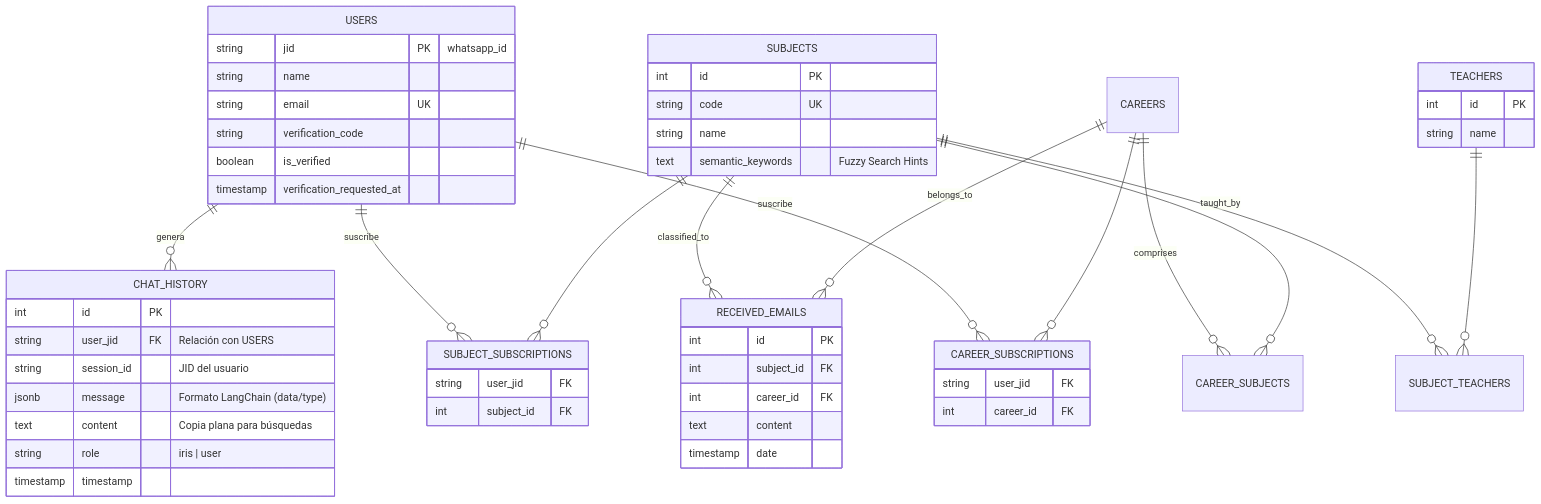
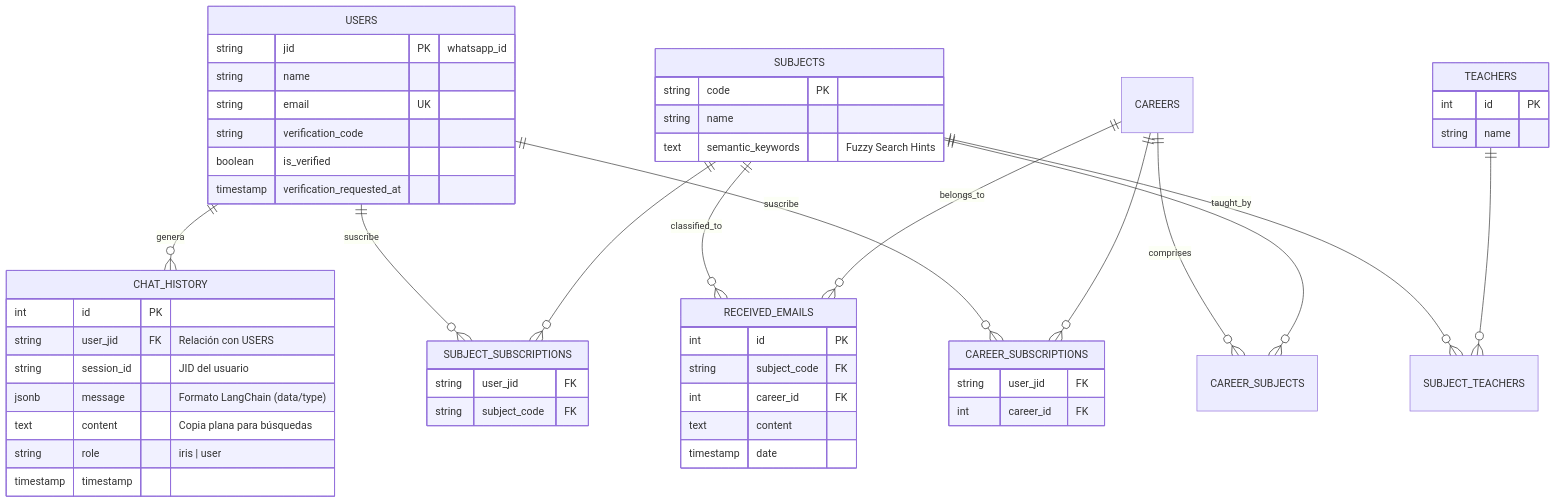
Before and after one commit to JavierLianoRioz/Iris: the fourth of 4 diagrams in documentation/README.md, drawn with Mermaid. The commit also changed other lines of this file and 1 other file, not shown here.

````diff
--- a/documentation/README.md
+++ b/documentation/README.md
@@ -111,67 +165,66 @@
 ```mermaid
 erDiagram
     USERS ||--o{ SUBJECT_SUBSCRIPTIONS : "suscribe"
     USERS ||--o{ CAREER_SUBSCRIPTIONS : "suscribe"
     USERS ||--o{ CHAT_HISTORY : "genera"
     
     SUBJECTS ||--o{ SUBJECT_SUBSCRIPTIONS : ""
     CAREERS ||--o{ CAREER_SUBSCRIPTIONS : ""
     
     CAREERS ||--o{ CAREER_SUBJECTS : "comprises"
     SUBJECTS ||--o{ CAREER_SUBJECTS : ""
     
     SUBJECTS ||--o{ SUBJECT_TEACHERS : "taught_by"
     TEACHERS ||--o{ SUBJECT_TEACHERS : ""
     
     SUBJECTS ||--o{ RECEIVED_EMAILS : "classified_to"
     CAREERS ||--o{ RECEIVED_EMAILS : "belongs_to"
 
     USERS {
         string jid PK "whatsapp_id"
         string name
         string email UK
         string verification_code
         boolean is_verified
         timestamp verification_requested_at
     }
     
     CHAT_HISTORY {
         int id PK
         string user_jid FK "Relación con USERS"
         string session_id "JID del usuario"
         jsonb message "Formato LangChain (data/type)"
         text content "Copia plana para búsquedas"
         string role "iris | user"
         timestamp timestamp
     }
     
     SUBJECTS {
-        int id PK
-        string code UK
+        string code PK
         string name
         text semantic_keywords "Fuzzy Search Hints"
     }
 
     TEACHERS {
         int id PK
         string name
     }
 
     RECEIVED_EMAILS {
         int id PK
-        int subject_id FK
+        string subject_code FK
         int career_id FK
         text content
         timestamp date
     }
     
     SUBJECT_SUBSCRIPTIONS {
         string user_jid FK
-        int subject_id FK
+        string subject_code FK
     }
 
     CAREER_SUBSCRIPTIONS {
         string user_jid FK
         int career_id FK
     }
 ```
````
